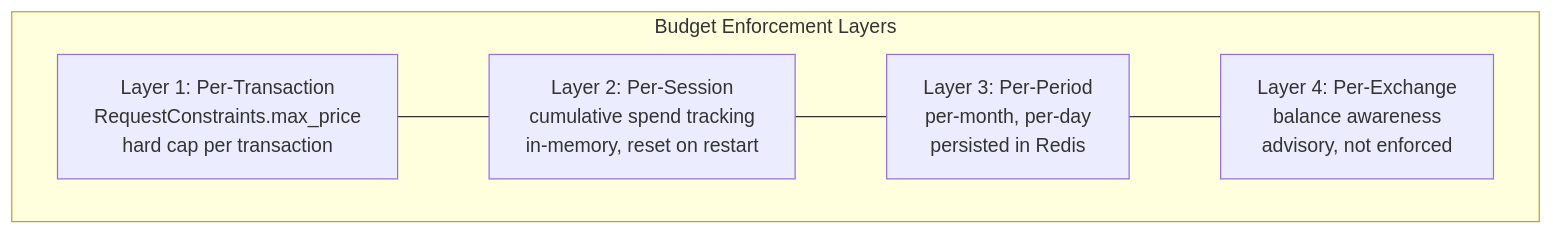
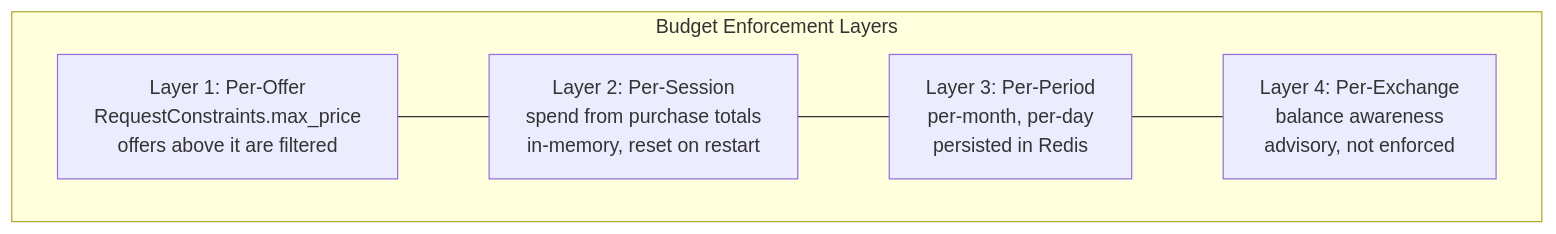
The diagram in website/src/content/docs/components/broker/budget-enforcement.mdx (FORA-Protocol/protocol), drawn with Mermaid before and after one commit. The commit also changed other lines of this file and 23 other files, not shown here.

````diff
--- a/website/src/content/docs/components/broker/budget-enforcement.mdx
+++ b/website/src/content/docs/components/broker/budget-enforcement.mdx
@@ -12,13 +17,13 @@
 ```mermaid
 graph TB
     subgraph "Budget Enforcement Layers"
-        L1[Layer 1: Per-Transaction<br/>RequestConstraints.max_price<br/>hard cap per transaction]
-        L2[Layer 2: Per-Session<br/>cumulative spend tracking<br/>in-memory, reset on restart]
+        L1[Layer 1: Per-Offer<br/>RequestConstraints.max_price<br/>offers above it are filtered]
+        L2[Layer 2: Per-Session<br/>spend from purchase totals<br/>in-memory, reset on restart]
         L3[Layer 3: Per-Period<br/>per-month, per-day<br/>persisted in Redis]
         L4[Layer 4: Per-Exchange<br/>balance awareness<br/>advisory, not enforced]
     end
 
     L1 --- L2
     L2 --- L3
     L3 --- L4
 ```
````
